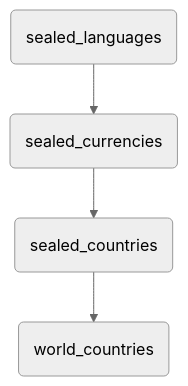
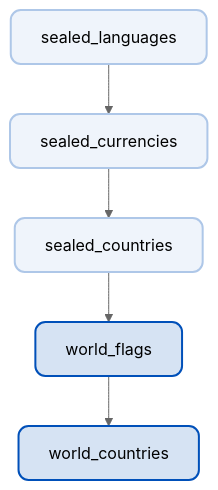
The diagram in .github/readme.md (tsinis/sealed_world), drawn with Mermaid (neutral theme) before and after one commit. The commit also changed other lines of this file, not shown here.

Commit message:
docs: update eco-system docs in top-level readme.md

````diff
--- a/.github/readme.md
+++ b/.github/readme.md
@@ -17,14 +23,22 @@
 ```mermaid
 graph TD
-sealed_languages(sealed_languages)
-sealed_currencies(sealed_currencies)
-sealed_countries(sealed_countries)
-world_countries(world_countries)
+sealed_languages["<span title='Sealed Languages Package'>sealed_languages</span>"]
+sealed_currencies["<span title='Sealed Currencies Package'>sealed_currencies</span>"]
+sealed_countries["<span title='Sealed Countries Package'>sealed_countries</span>"]
+world_flags["<span title='World Flags Package'>world_flags</span>"]
+world_countries["<span title='World Countries Package'>world_countries</span>"]
 
-sealed_languages --> sealed_currencies --> sealed_countries --> world_countries
+sealed_languages --> sealed_currencies --> sealed_countries --> world_flags --> world_countries
 
 click sealed_languages "https://github.com/tsinis/sealed_world/tree/main/packages/sealed_languages"
 click sealed_currencies "https://github.com/tsinis/sealed_world/tree/main/packages/sealed_currencies"
 click sealed_countries "https://github.com/tsinis/sealed_world/tree/main/packages/sealed_countries"
+click world_flags "https://github.com/tsinis/sealed_world/tree/main/packages/world_flags"
 click world_countries "https://github.com/tsinis/sealed_world/tree/main/packages/world_countries"
+
+style sealed_languages fill:#aec7e8,stroke:#aec7e8,stroke-width:2px,fill-opacity:0.2,rx:10,ry:10
+style sealed_currencies fill:#aec7e8,stroke:#aec7e8,stroke-width:2px,fill-opacity:0.2,rx:10,ry:10
+style sealed_countries fill:#aec7e8,stroke:#aec7e8,stroke-width:2px,fill-opacity:0.2,rx:10,ry:10
+style world_flags fill:#aec7e8,stroke:#0050B9,stroke-width:2px,fill-opacity:0.5,rx:10,ry:10
+style world_countries fill:#aec7e8,stroke:#0050B9,stroke-width:2px,fill-opacity:0.5,rx:10,ry:10
 ```
````
